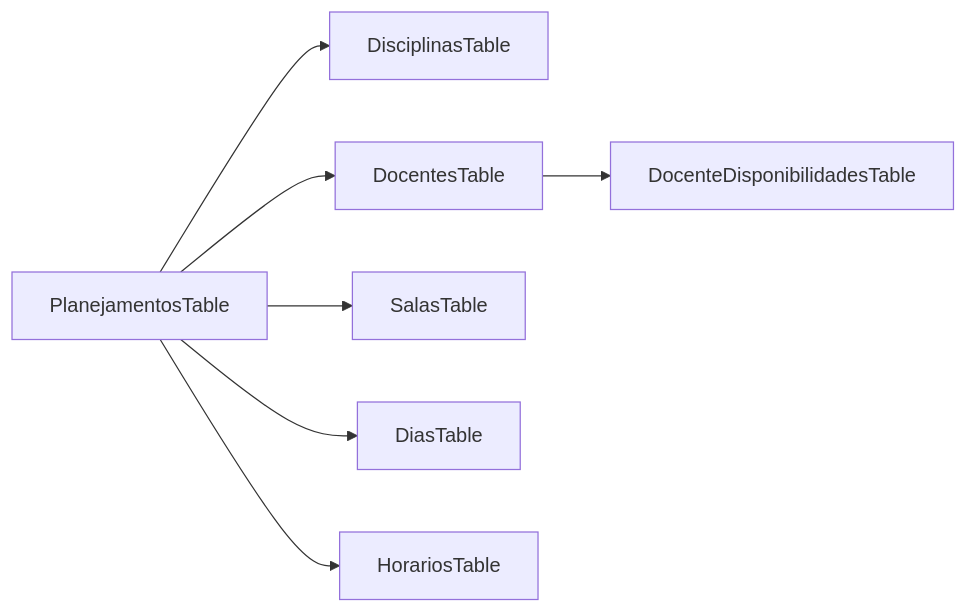
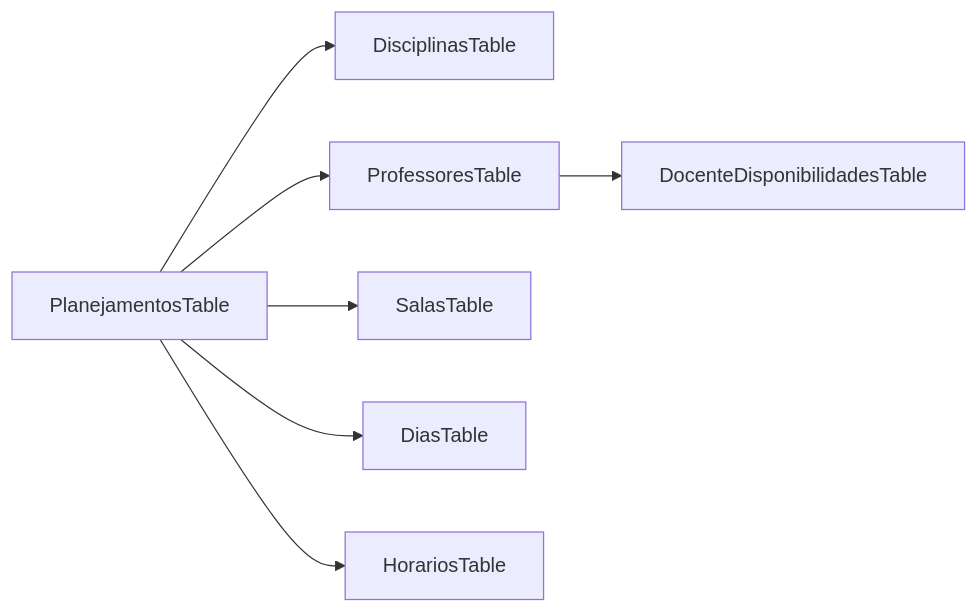
The seventh of 7 diagrams in .qoder/repowiki/en/content/Core Features/Core Features.md (luiseduacosta/planejamento5), drawn with Mermaid before and after one commit. The commit also changed other lines of this file and 37 other files, not shown here.

Commit message:
repowiki: rename Docentes → Professores in metadata

````diff
--- a/.qoder/repowiki/en/content/Core Features/Core Features.md
+++ b/.qoder/repowiki/en/content/Core Features/Core Features.md
@@ -373,9 +373,9 @@
 ```mermaid
 graph LR
 Planejamentos["PlanejamentosTable"] --> Disciplinas["DisciplinasTable"]
-Planejamentos --> Docentes["DocentesTable"]
+Planejamentos --> Professores["ProfessoresTable"]
 Planejamentos --> Salas["SalasTable"]
 Planejamentos --> Dias["DiasTable"]
 Planejamentos --> Horarios["HorariosTable"]
-Docentes --> Disponibilidades["DocenteDisponibilidadesTable"]
+Professores --> Disponibilidades["DocenteDisponibilidadesTable"]
 ```
````
